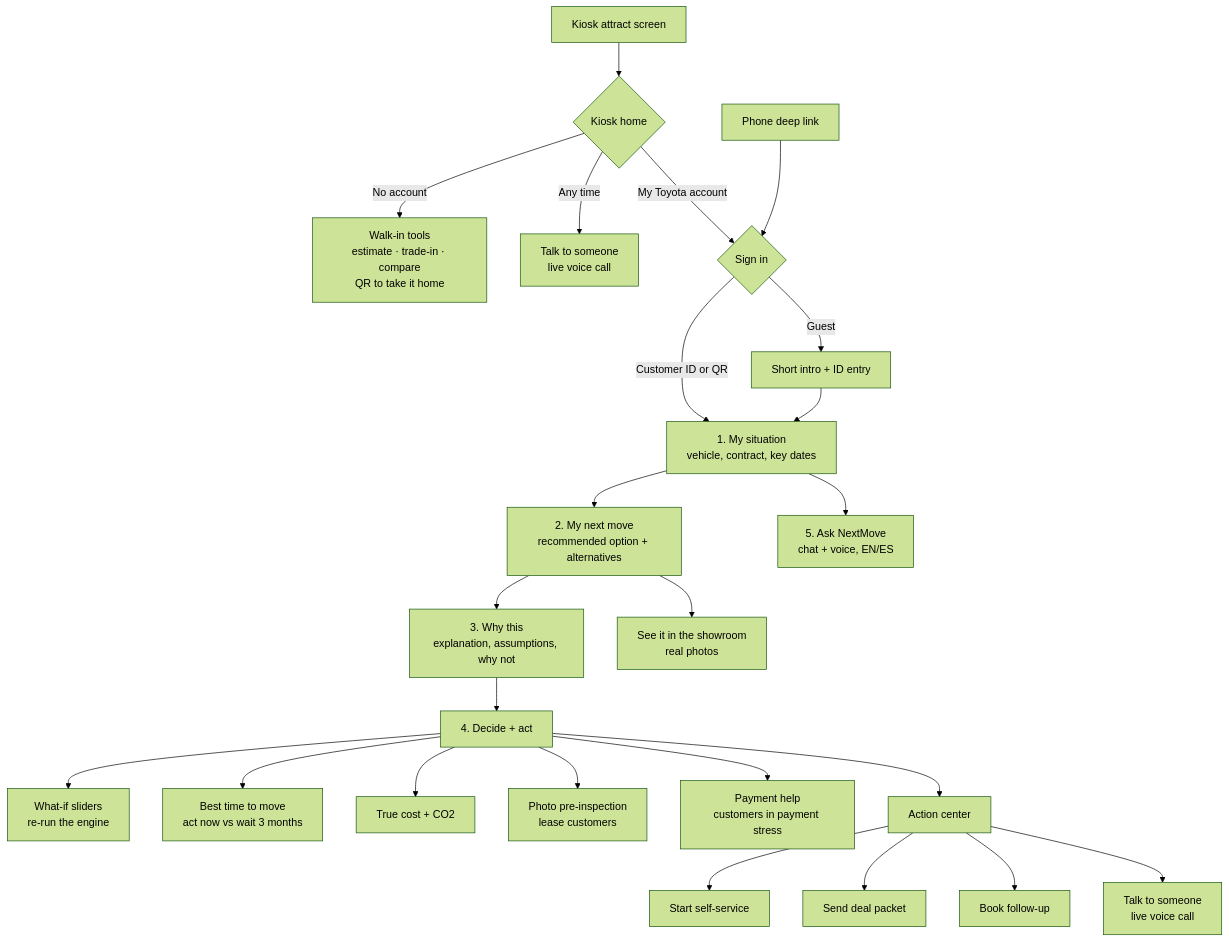
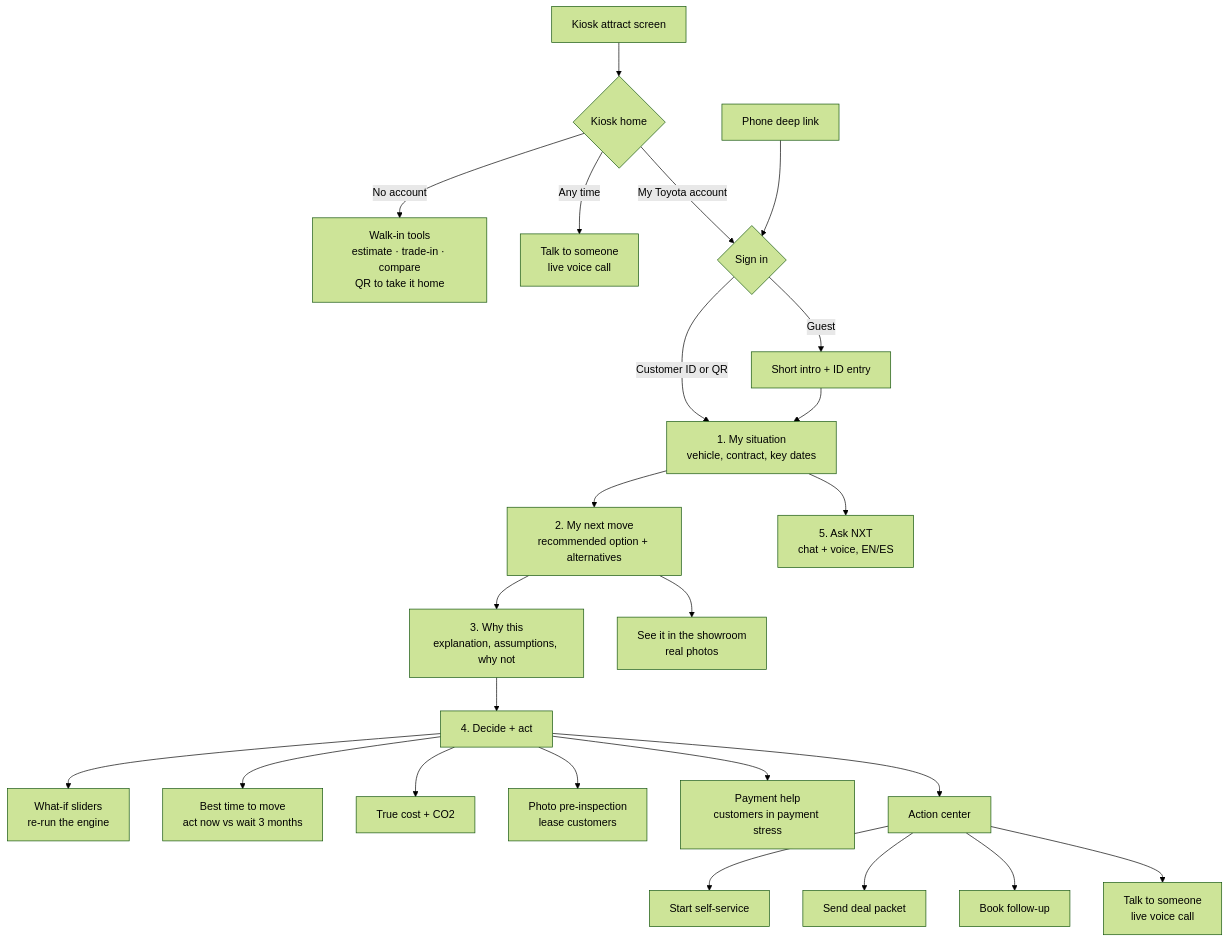
The second of 9 diagrams in README.md (vishvacyber/toyota-nextmove), drawn with Mermaid (forest theme) before and after one commit. The commit also changed other lines of this file and 38 other files, not shown here.

````diff
--- a/README.md
+++ b/README.md
@@ -144,25 +144,25 @@
 ```mermaid
 flowchart TD
   K["Kiosk attract screen"] --> KH{"Kiosk home"}
   KH -->|"No account"| W["Walk-in tools<br/>estimate · trade-in · compare<br/>QR to take it home"]
   KH -->|"Any time"| V["Talk to someone<br/>live voice call"]
   KH -->|"My Toyota account"| B{"Sign in"}
   A["Phone deep link"] --> B
   B -->|"Customer ID or QR"| C["1. My situation<br/>vehicle, contract, key dates"]
   B -->|"Guest"| G["Short intro + ID entry"] --> C
   C --> D["2. My next move<br/>recommended option + alternatives"]
   D --> E["3. Why this<br/>explanation, assumptions, why not"]
   E --> F["4. Decide + act"]
   F --> F1["What-if sliders<br/>re-run the engine"]
   F --> F2["Best time to move<br/>act now vs wait 3 months"]
   F --> F3["True cost + CO2"]
   F --> F4["Photo pre-inspection<br/>lease customers"]
   F --> F5["Payment help<br/>customers in payment stress"]
   F --> F6["Action center"]
   F6 --> X1["Start self-service"]
   F6 --> X2["Send deal packet"]
   F6 --> X3["Book follow-up"]
   F6 --> X4["Talk to someone<br/>live voice call"]
   D --> S["See it in the showroom<br/>real photos"]
-  C --> H["5. Ask NextMove<br/>chat + voice, EN/ES"]
+  C --> H["5. Ask NXT<br/>chat + voice, EN/ES"]
 ```
````
